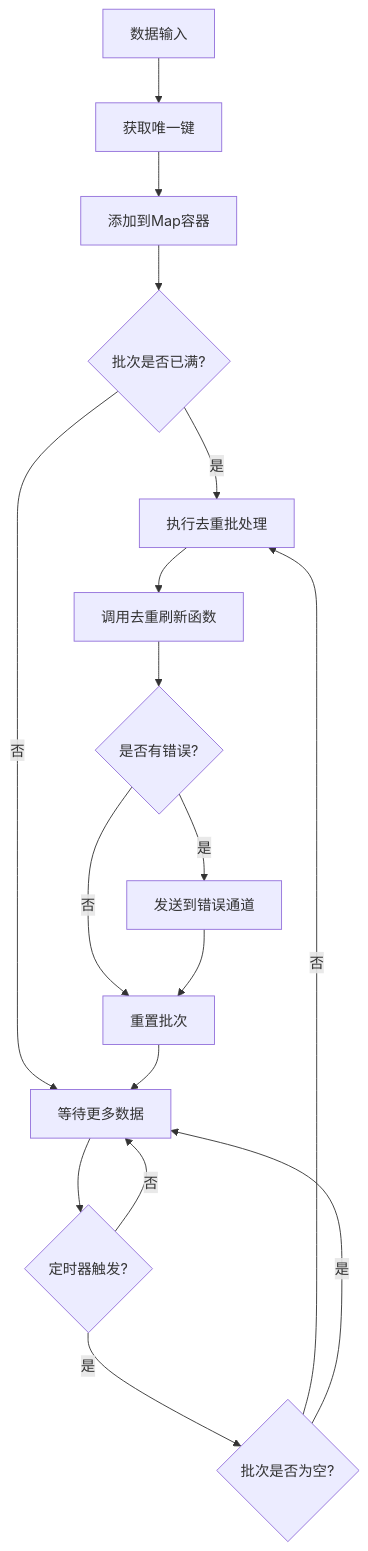
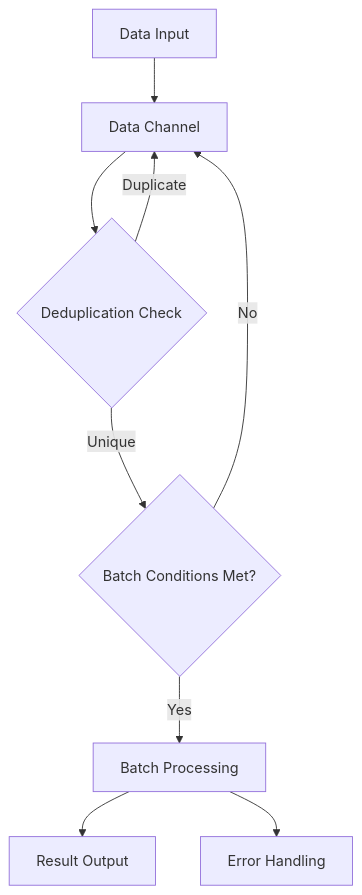
The second of 2 diagrams in README.md (rushairer/go-pipeline), drawn with Mermaid before and after one commit. The commit also changed other lines of this file and 1 other file, not shown here.

````diff
--- a/README.md
+++ b/README.md
@@ -119,19 +71,11 @@
 ```mermaid
 graph TD
-    A[数据输入] --> B[获取唯一键]
-    B --> C[添加到Map容器]
-    C --> D{批次是否已满?}
-    D -->|是| E[执行去重批处理]
-    D -->|否| F[等待更多数据]
-    F --> G{定时器触发?}
-    G -->|是| H{批次是否为空?}
-    H -->|否| E
-    H -->|是| F
-    G -->|否| F
-    E --> I[调用去重刷新函数]
-    I --> J{是否有错误?}
-    J -->|是| K[发送到错误通道]
-    J -->|否| L[重置批次]
-    K --> L
-    L --> F
+    A[Data Input] --> B[Data Channel]
+    B --> C{Deduplication Check}
+    C -->|Duplicate| B
+    C -->|Unique| D{Batch Conditions Met?}
+    D -->|Yes| E[Batch Processing]
+    D -->|No| B
+    E --> F[Result Output]
+    E --> G[Error Handling]
 ```
````
